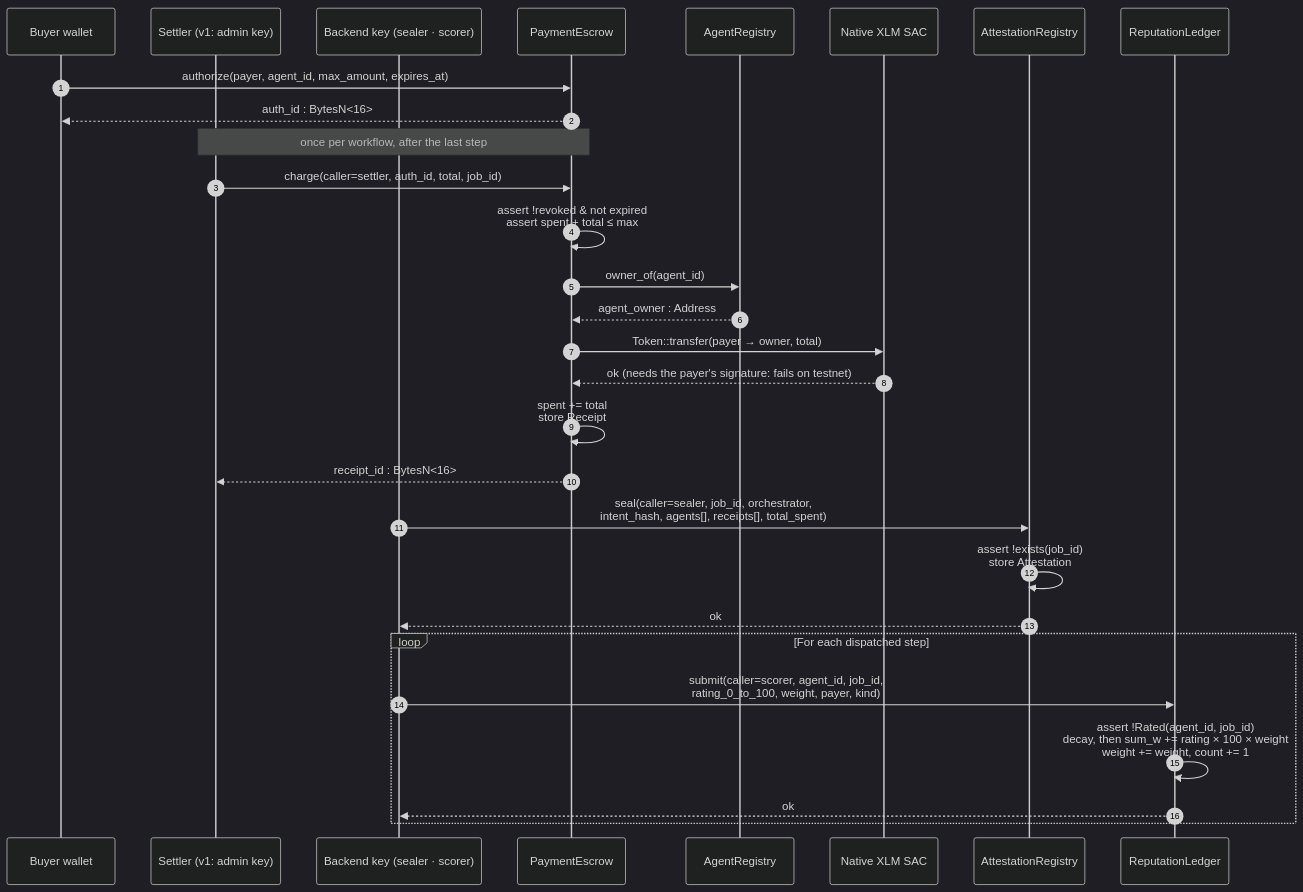
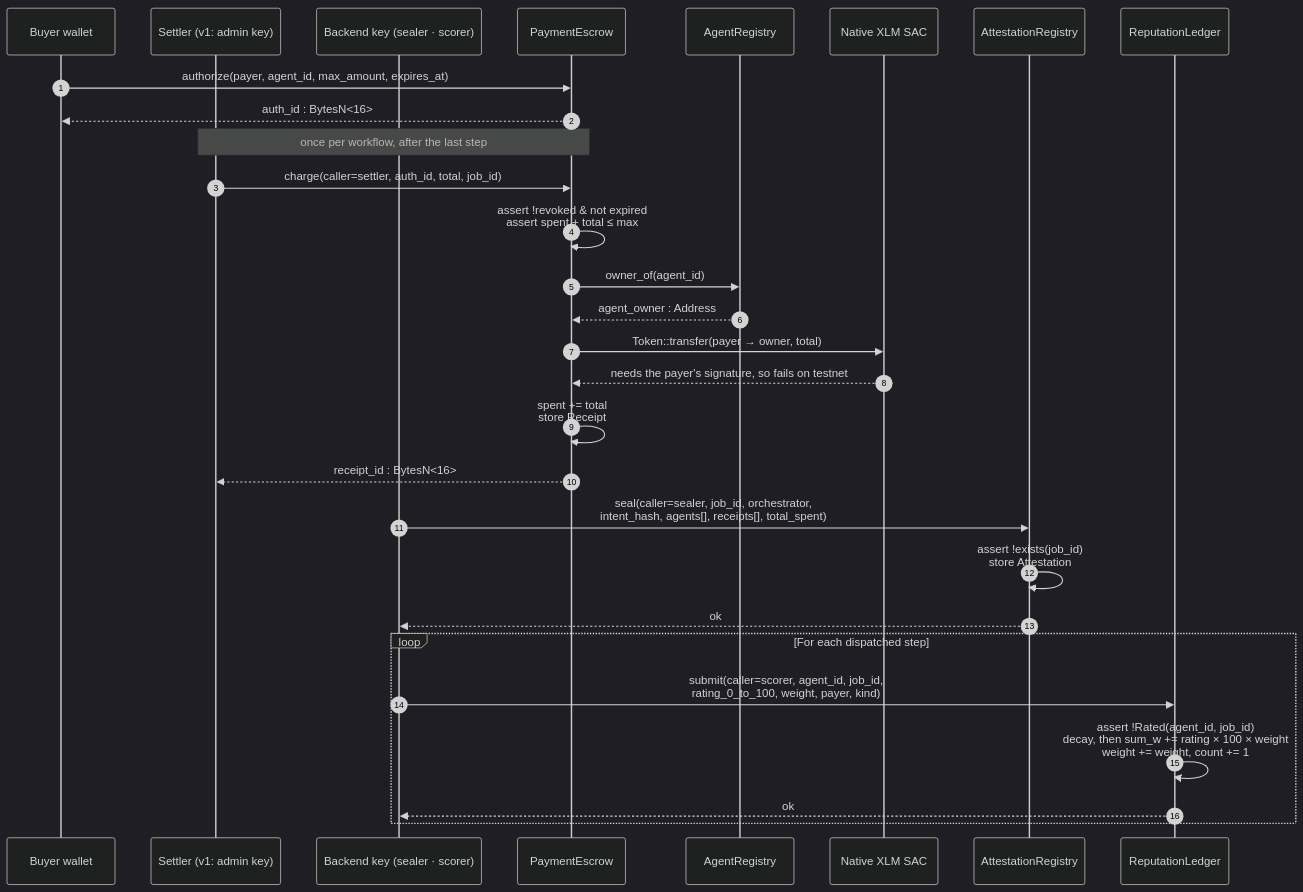
Before and after one commit to Bl0cksmiths/Orizon-Agents-FE-Stellar: the fourth of 4 diagrams in litepaper/sections/05-technical-details.md, drawn with Mermaid (dark theme).

Commit message:
stopped figure 5's failing transfer from answering ok

````diff
--- a/litepaper/sections/05-technical-details.md
+++ b/litepaper/sections/05-technical-details.md
@@ -320,35 +320,35 @@
 ```mermaid
 sequenceDiagram
     autonumber
     participant Buyer as Buyer wallet
     participant Setl as Settler (v1: admin key)
     participant Key as Backend key (sealer · scorer)
     participant PE as PaymentEscrow
     participant AR as AgentRegistry
     participant SAC as Native XLM SAC
     participant AT as AttestationRegistry
     participant RL as ReputationLedger
 
     Buyer->>PE: authorize(payer, agent_id, max_amount, expires_at)
     PE-->>Buyer: auth_id : BytesN<16>
 
     Note over Setl,PE: once per workflow, after the last step
     Setl->>PE: charge(caller=settler, auth_id, total, job_id)
     PE->>PE: assert !revoked & not expired<br/>assert spent + total ≤ max
     PE->>AR: owner_of(agent_id)
     AR-->>PE: agent_owner : Address
     PE->>SAC: Token::transfer(payer → owner, total)
-    SAC-->>PE: ok (needs the payer's signature: fails on testnet)
+    SAC-->>PE: needs the payer's signature, so fails on testnet
     PE->>PE: spent += total<br/>store Receipt
     PE-->>Setl: receipt_id : BytesN<16>
 
     Key->>AT: seal(caller=sealer, job_id, orchestrator,<br/>intent_hash, agents[], receipts[], total_spent)
     AT->>AT: assert !exists(job_id)<br/>store Attestation
     AT-->>Key: ok
 
     loop For each dispatched step
         Key->>RL: submit(caller=scorer, agent_id, job_id,<br/>rating_0_to_100, weight, payer, kind)
         RL->>RL: assert !Rated(agent_id, job_id)<br/>decay, then sum_w += rating × 100 × weight<br/>weight += weight, count += 1
         RL-->>Key: ok
     end
 ```
````
